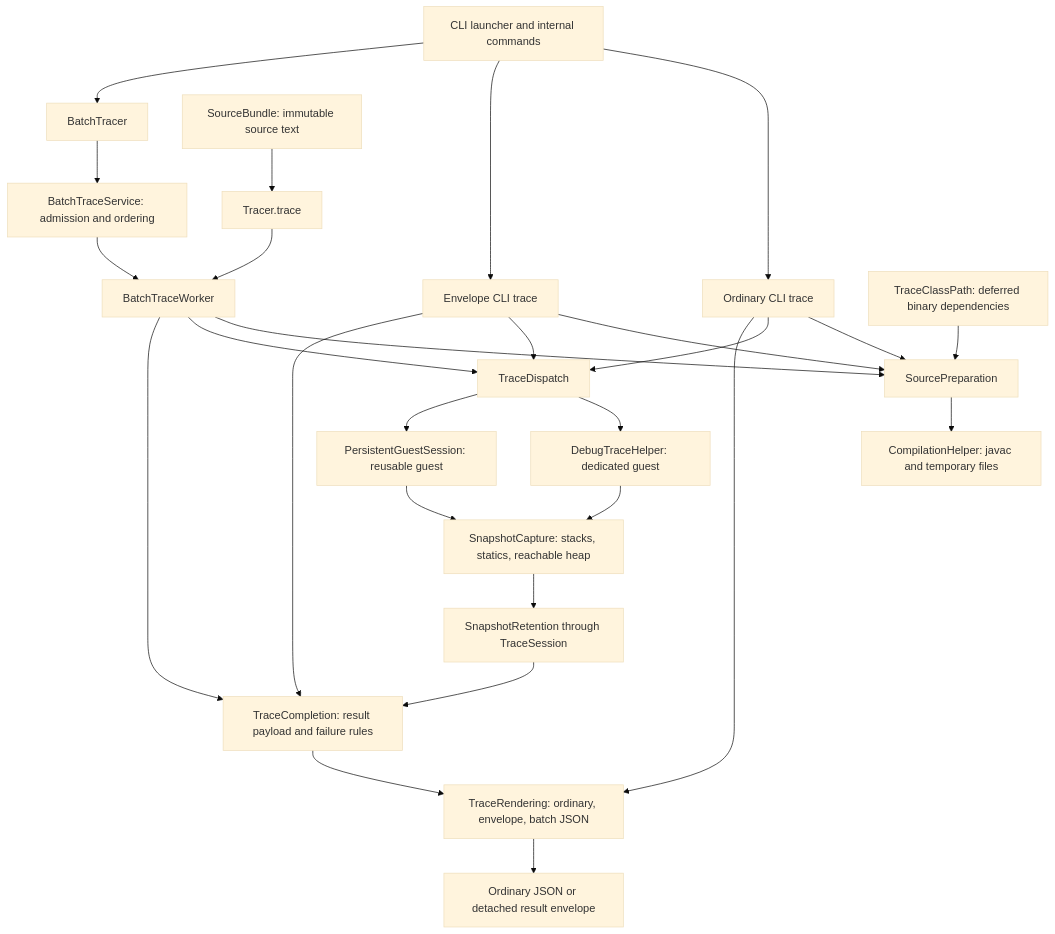
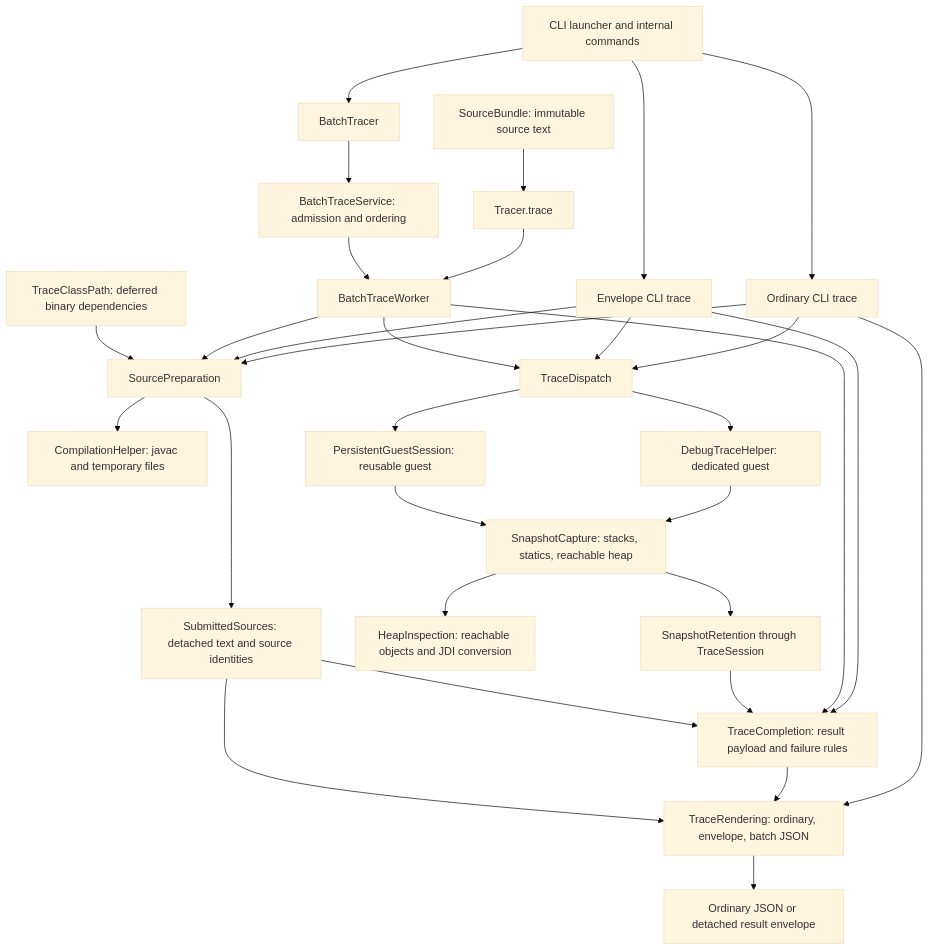
One commit to cs1302uga/cs1302-tracer changed the diagram in docs/contributing/architecture.md. Above: the diagram before and after it, drawn with Mermaid (base theme). The commit also changed other lines of this file and 48 other files, not shown here.

First line of the commit message:
Retain submitted source identity and isolate heap inspection

````diff
--- a/docs/contributing/architecture.md
+++ b/docs/contributing/architecture.md
@@ -27,29 +27,33 @@
 ```mermaid
 flowchart TD
     CLI[CLI launcher and internal commands] --> Ordinary[Ordinary CLI trace]
     CLI --> Envelope[Envelope CLI trace]
     CLI --> Batch[BatchTracer]
     Bundle[SourceBundle: immutable source text] --> Java
     Java[Tracer.trace] --> Worker[BatchTraceWorker]
     Batch --> Pool[BatchTraceService: admission and ordering]
     Pool --> Worker
     Ordinary --> Preparation[SourcePreparation]
     Envelope --> Preparation
     Worker --> Preparation
     Dependencies[TraceClassPath: deferred binary dependencies] --> Preparation
     Preparation --> Compiler[CompilationHelper: javac and temporary files]
+    Preparation --> Submitted[SubmittedSources: detached text and source identities]
     Ordinary --> Dispatch[TraceDispatch]
     Envelope --> Dispatch
     Worker --> Dispatch
     Dispatch --> Dedicated[DebugTraceHelper: dedicated guest]
     Dispatch --> Persistent[PersistentGuestSession: reusable guest]
     Dedicated --> Capture[SnapshotCapture: stacks, statics, reachable heap]
     Persistent --> Capture
+    Capture --> Heap[HeapInspection: reachable objects and JDI conversion]
     Capture --> Retention[SnapshotRetention through TraceSession]
     Ordinary --> Render[TraceRendering: ordinary, envelope, batch JSON]
     Envelope --> Completion[TraceCompletion: result payload and failure rules]
     Worker --> Completion
     Retention --> Completion
     Completion --> Render
+    Submitted --> Completion
+    Submitted --> Render
     Render --> Result[Ordinary JSON or detached result envelope]
 ```
````
